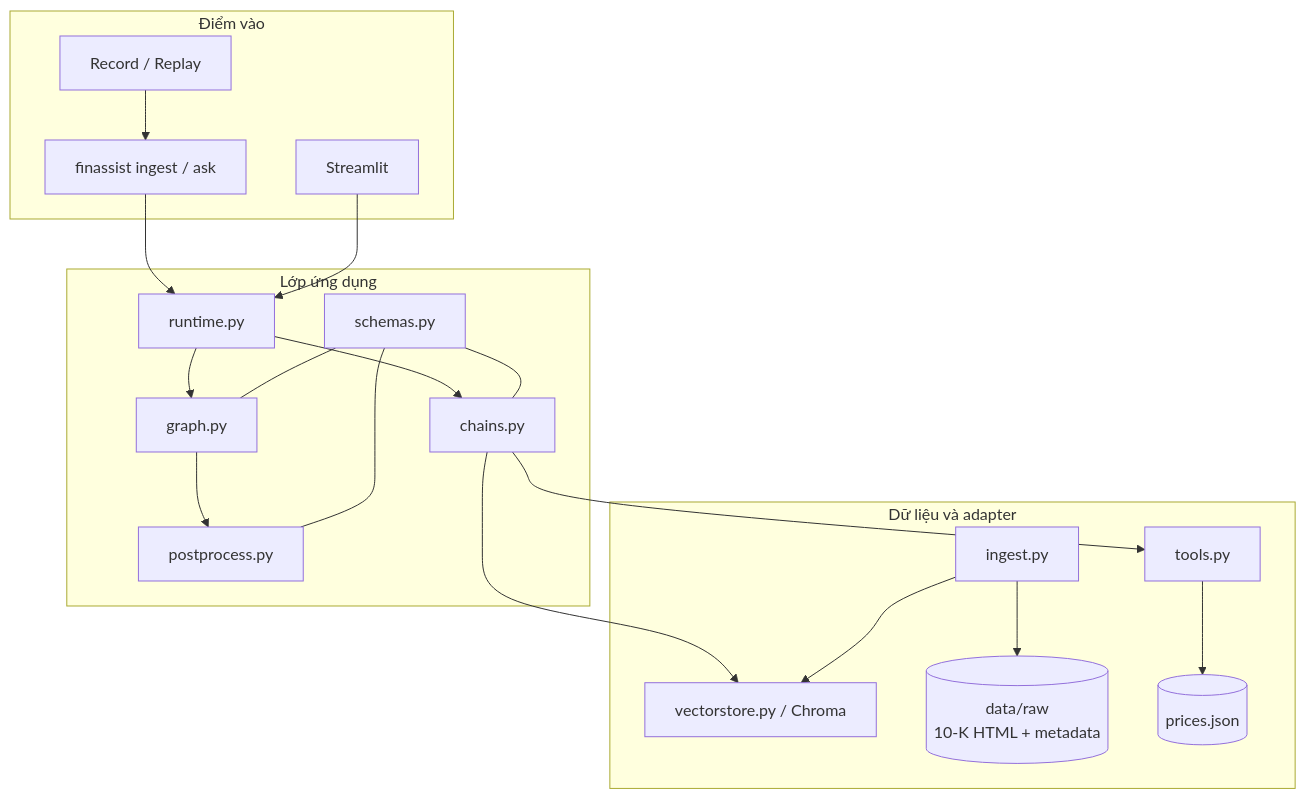
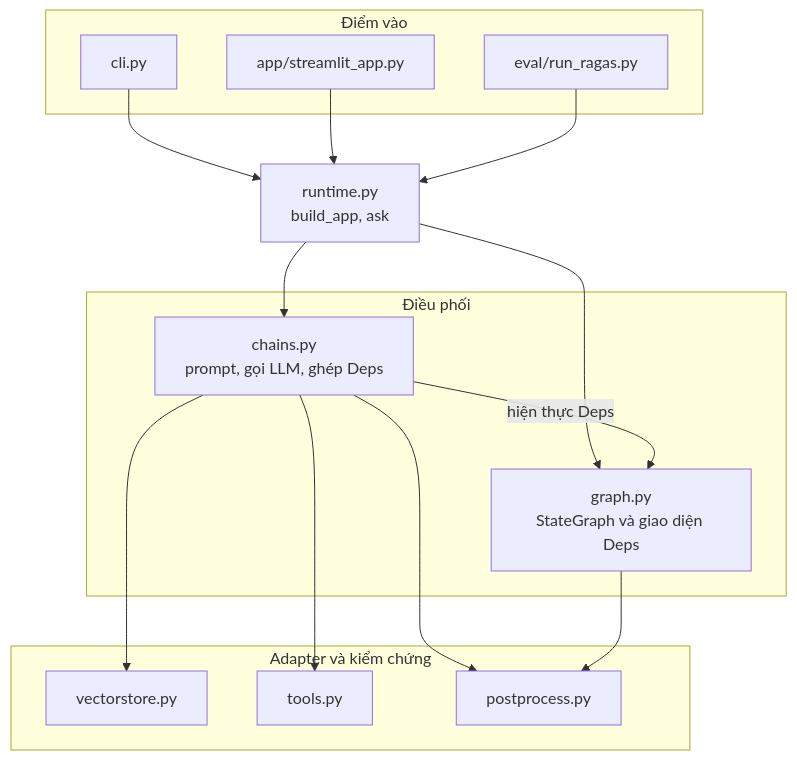
The second of 8 diagrams in docs/ARCHITECTURE.md (thanhpt-25/LangChain), drawn with Mermaid before and after one commit. The commit also changed other lines of this file, not shown here.

Commit message:
docs: rewrite ARCHITECTURE with clearer component, control-flow and data-flow diagrams

````diff
--- a/docs/ARCHITECTURE.md
+++ b/docs/ARCHITECTURE.md
@@ -59,39 +45,32 @@
 ```mermaid
 flowchart TB
-    subgraph Interface[Điểm vào]
-      CLI[finassist ingest / ask]
-      UI[Streamlit]
-      Replay[Record / Replay]
+    subgraph entry["Điểm vào"]
+        cli["cli.py"]
+        ui["app/streamlit_app.py"]
+        ev["eval/run_ragas.py"]
     end
 
-    subgraph Application[Lớp ứng dụng]
-      Runtime[runtime.py]
-      Graph[graph.py]
-      Chains[chains.py]
-      Schema[schemas.py]
-      Post[postprocess.py]
+    rt["runtime.py<br/>build_app, ask"]
+
+    subgraph core["Điều phối"]
+        gr["graph.py<br/>StateGraph và giao diện Deps"]
+        chains["chains.py<br/>prompt, gọi LLM, ghép Deps"]
     end
 
-    subgraph Data[Dữ liệu và adapter]
-      Ingest[ingest.py]
-      Store[vectorstore.py / Chroma]
-      Price[tools.py]
-      Raw[(data/raw\n10-K HTML + metadata)]
-      Cache[(prices.json)]
+    subgraph support["Adapter và kiểm chứng"]
+        vs["vectorstore.py"]
+        tools["tools.py"]
+        post["postprocess.py"]
     end
 
-    CLI --> Runtime
-    UI --> Runtime
-    Replay --> CLI
-    Runtime --> Graph
-    Runtime --> Chains
-    Graph --> Post
-    Chains --> Store
-    Chains --> Price
-    Ingest --> Raw
-    Ingest --> Store
-    Price --> Cache
-    Schema --- Graph
-    Schema --- Chains
-    Schema --- Post
+    cli --> rt
+    ui --> rt
+    ev --> rt
+    rt --> gr
+    rt --> chains
+    chains -->|"hiện thực Deps"| gr
+    chains --> vs
+    chains --> tools
+    chains --> post
+    gr --> post
 ```
````
